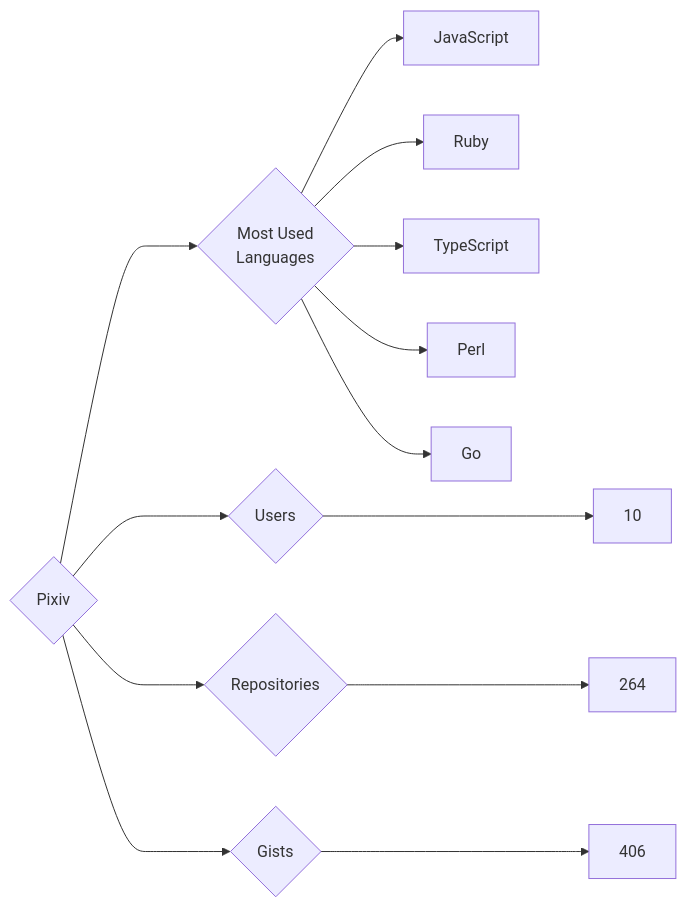
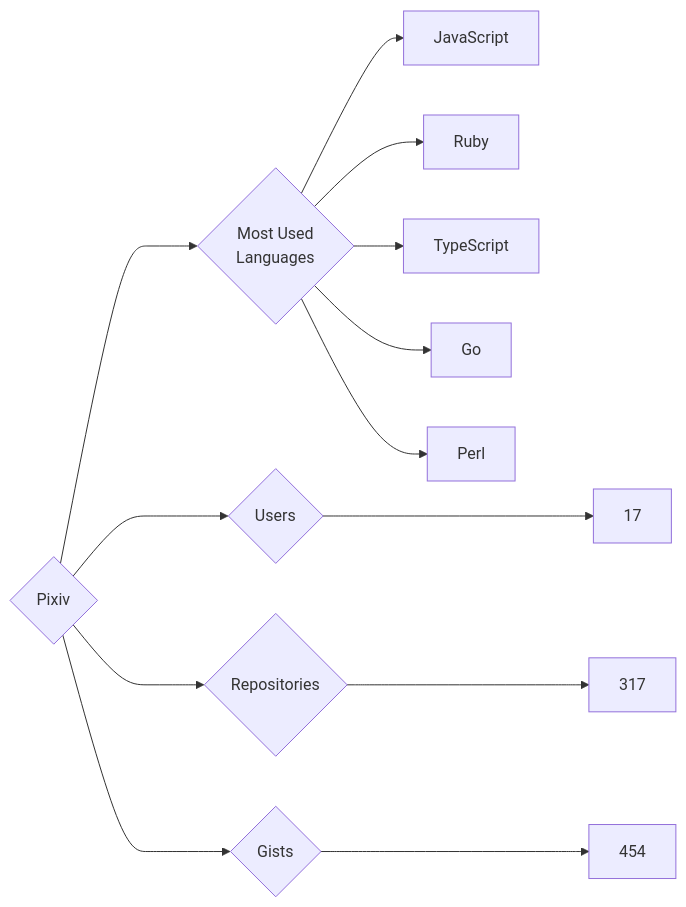
Before and after one commit to trickest/insiders: the diagram in targets/Pixiv/README.md, drawn with Mermaid. The commit also changed 955 other files, not shown here.

````diff
--- a/targets/Pixiv/README.md
+++ b/targets/Pixiv/README.md
@@ -3,13 +3,13 @@
 ```mermaid
 graph LR
 COMPANY_NAME{Pixiv}
-COMPANY_NAME ---> U{Users} ---> UN[10]
-COMPANY_NAME ---> R{Repositories} ---> RN[264]
-COMPANY_NAME ---> G{Gists} ---> GN[406]
+COMPANY_NAME ---> U{Users} ---> UN[17]
+COMPANY_NAME ---> R{Repositories} ---> RN[317]
+COMPANY_NAME ---> G{Gists} ---> GN[454]
 COMPANY_NAME ---> ML{Most Used<br>Languages}
 ML --> JavaScript[JavaScript]
 ML --> Ruby[Ruby]
 ML --> TypeScript[TypeScript]
+ML --> Go[Go]
 ML --> Perl[Perl]
-ML --> Go[Go]
 ```
````
